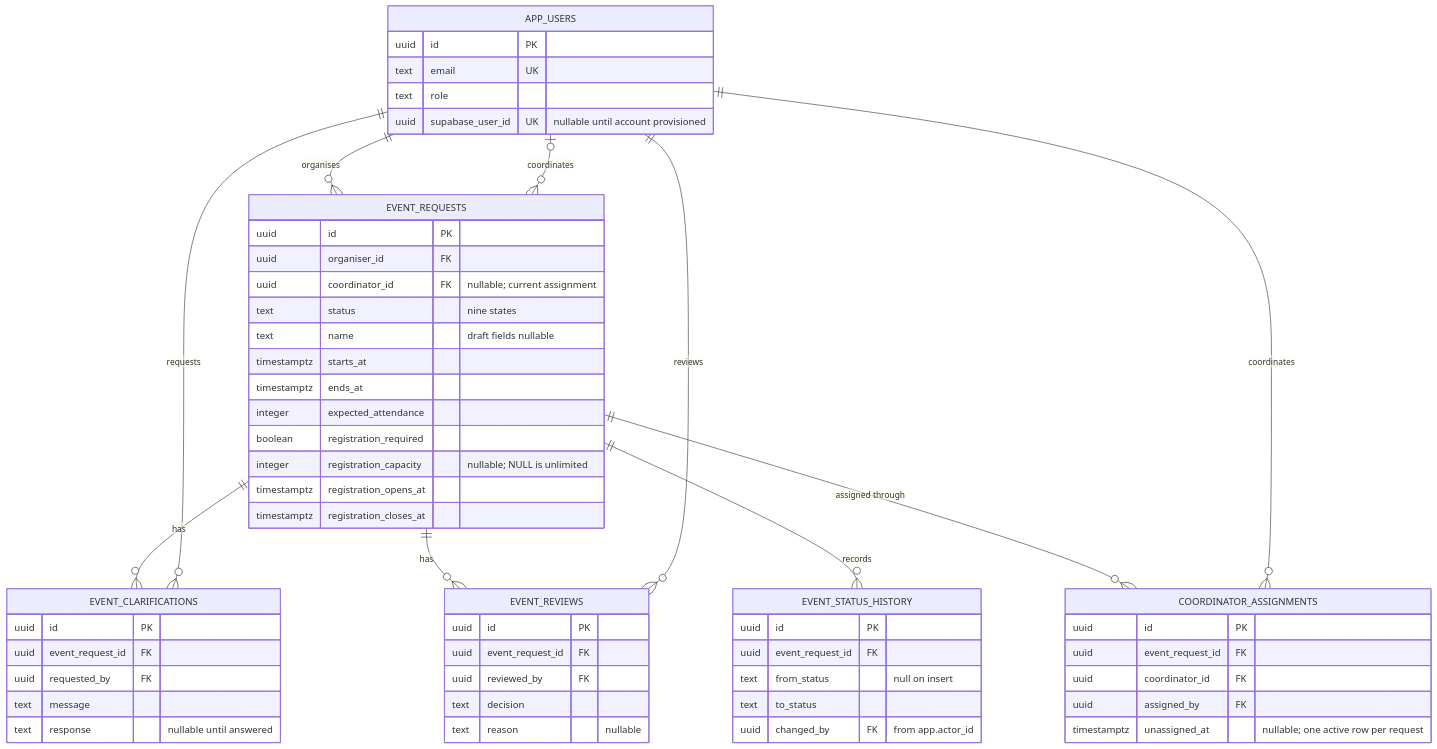
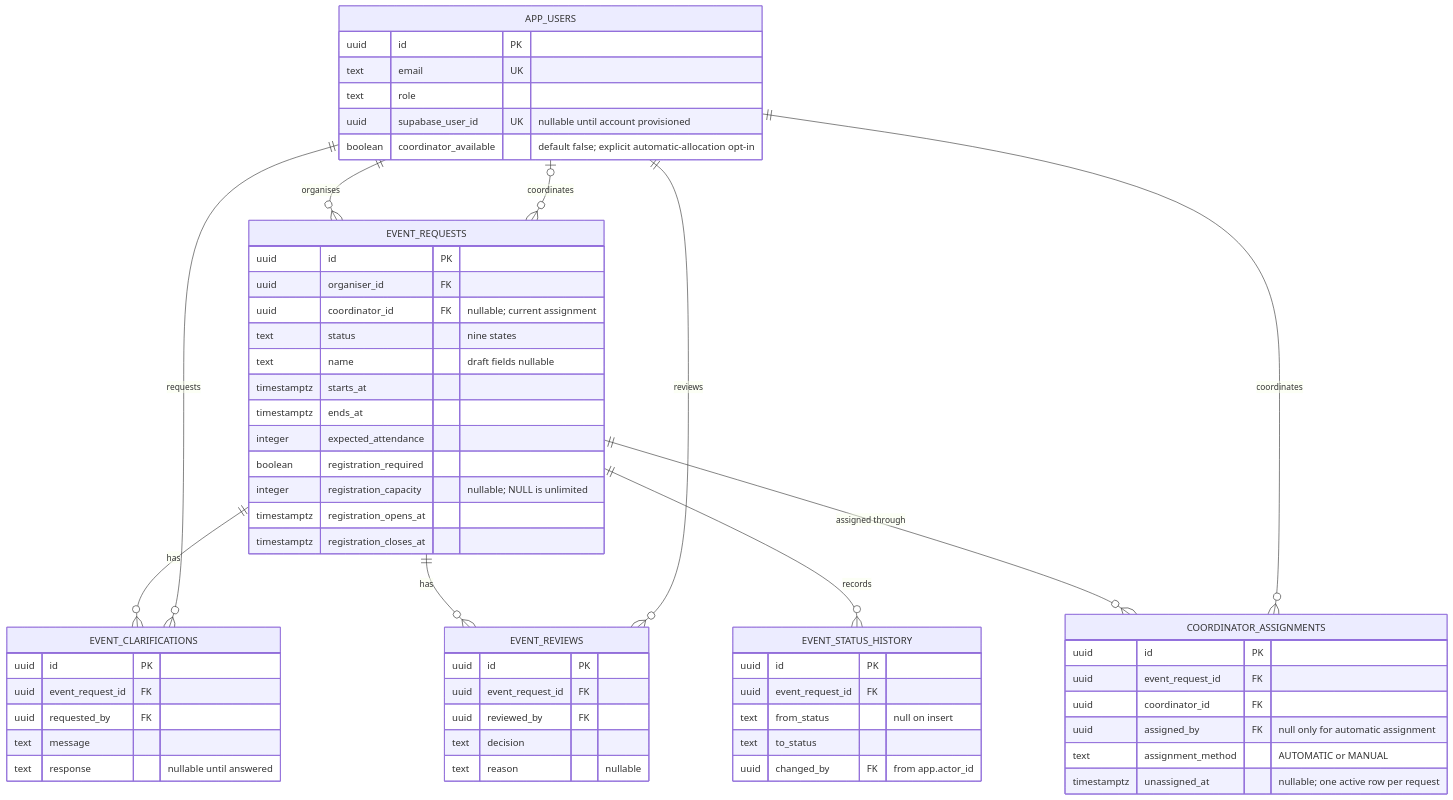
One commit to MochaLxtte/ConnectSphere changed the third of 4 diagrams in docs/architecture/README.md. Above: the diagram before and after it, drawn with Mermaid. The commit also changed other lines of this file and 19 other files, not shown here.

Commit message:
docs(KAN-29): record allocation policy, test evidence and manual rollout checks

````diff
--- a/docs/architecture/README.md
+++ b/docs/architecture/README.md
@@ -77,60 +77,62 @@
 ```mermaid
 erDiagram
   APP_USERS ||--o{ EVENT_REQUESTS : organises
   APP_USERS o|--o{ EVENT_REQUESTS : coordinates
   EVENT_REQUESTS ||--o{ EVENT_CLARIFICATIONS : has
   EVENT_REQUESTS ||--o{ EVENT_REVIEWS : has
   EVENT_REQUESTS ||--o{ EVENT_STATUS_HISTORY : records
   EVENT_REQUESTS ||--o{ COORDINATOR_ASSIGNMENTS : "assigned through"
   APP_USERS ||--o{ EVENT_CLARIFICATIONS : requests
   APP_USERS ||--o{ EVENT_REVIEWS : reviews
   APP_USERS ||--o{ COORDINATOR_ASSIGNMENTS : coordinates
   APP_USERS {
     uuid id PK
     text email UK
     text role
     uuid supabase_user_id UK "nullable until account provisioned"
+    boolean coordinator_available "default false; explicit automatic-allocation opt-in"
   }
   EVENT_REQUESTS {
     uuid id PK
     uuid organiser_id FK
     uuid coordinator_id FK "nullable; current assignment"
     text status "nine states"
     text name "draft fields nullable"
     timestamptz starts_at
     timestamptz ends_at
     integer expected_attendance
     boolean registration_required
     integer registration_capacity "nullable; NULL is unlimited"
     timestamptz registration_opens_at
     timestamptz registration_closes_at
   }
   EVENT_CLARIFICATIONS {
     uuid id PK
     uuid event_request_id FK
     uuid requested_by FK
     text message
     text response "nullable until answered"
   }
   EVENT_REVIEWS {
     uuid id PK
     uuid event_request_id FK
     uuid reviewed_by FK
     text decision
     text reason "nullable"
   }
   EVENT_STATUS_HISTORY {
     uuid id PK
     uuid event_request_id FK
     text from_status "null on insert"
     text to_status
     uuid changed_by FK "from app.actor_id"
   }
   COORDINATOR_ASSIGNMENTS {
     uuid id PK
     uuid event_request_id FK
     uuid coordinator_id FK
-    uuid assigned_by FK
+    uuid assigned_by FK "null only for automatic assignment"
+    text assignment_method "AUTOMATIC or MANUAL"
     timestamptz unassigned_at "nullable; one active row per request"
   }
 ```
````
